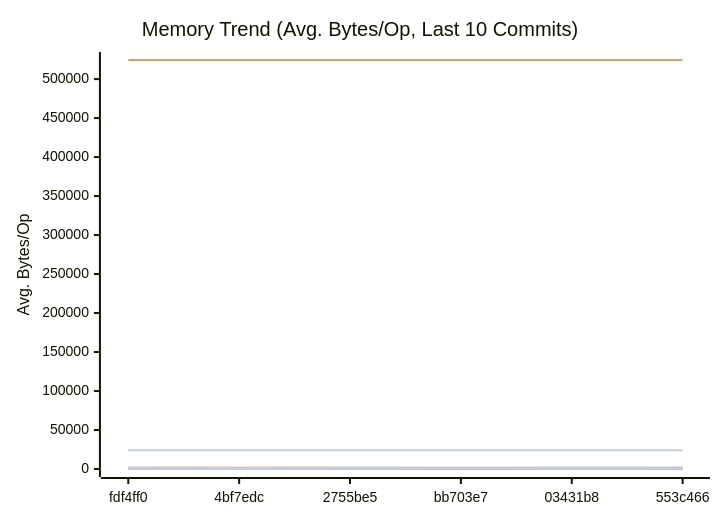
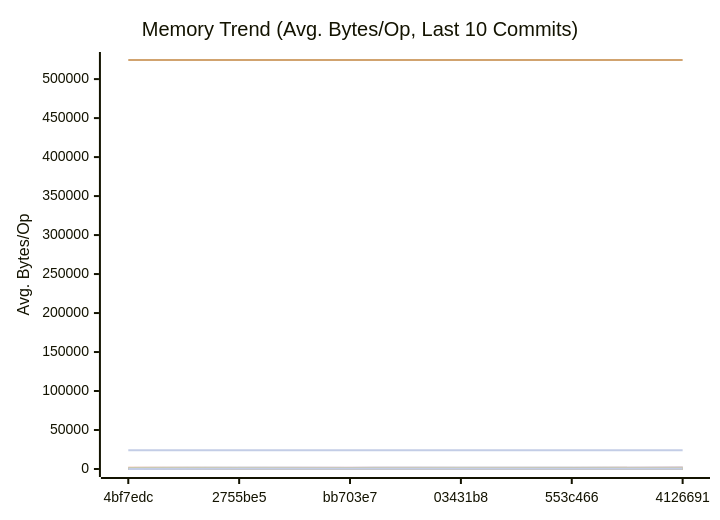
The second of 3 diagrams in docs/PERFORMANCE.md (alsotoes/momo), drawn with Mermaid before and after one commit. The commit also changed other lines of this file and 3 other files, not shown here.

````diff
--- a/docs/PERFORMANCE.md
+++ b/docs/PERFORMANCE.md
@@ -310,44 +310,44 @@
 ```mermaid
 xychart-beta
     title "Memory Trend (Avg. Bytes/Op, Last 10 Commits)"
     x-axis "Commit"
     y-axis "Avg. Bytes/Op"
-    x-axis [fdf4ff0,4bf7edc,2755be5,bb703e7,03431b8,553c466]
-    line "AWSChunkedReaderSigned" [108,128,114,123,127,107,88,100,107,110]
-    line "AWSChunkedReaderUnsigned" [116,147,109,121,110,100,95,109,105,108]
+    x-axis [4bf7edc,2755be5,bb703e7,03431b8,553c466,4126691]
+    line "AWSChunkedReaderSigned" [128,114,123,127,107,88,100,107,110,64]
+    line "AWSChunkedReaderUnsigned" [147,109,121,110,100,95,109,105,108,49]
     line "CheckMetricsAndSwap" [0,0,0,0,0,0,0,0,0,0]
     line "CrushOptimized" [0,0,0,0,0,0,0,0,0,0]
     line "CrushOriginal" [164,164,164,164,164,164,164,164,164,164]
-    line "FormatListObjectsV2XML_AppendFormat" [524462,524483,524463,524491,524477,524500,524483,524504,524463,524460]
+    line "FormatListObjectsV2XML_AppendFormat" [524483,524463,524491,524477,524500,524483,524504,524463,524460,524580]
     line "FormatListObjectsV2XML_OldFormat" [24000,24000,24000,24000,24000,24000,24000,24000,24000,24000]
-    line "HashBytes/1MiB" [205,221,207,239,189,200,190,206,280,205]
-    line "HashBytes/256MiB" [229,220,189,234,233,223,190,239,186,209]
-    line "HashBytes/64MiB" [225,211,189,213,196,188,246,242,209,232]
-    line "HashFile/1MiB" [212,204,182,175,202,190,214,232,152,244]
-    line "HashFile/256MiB" [203,205,211,184,230,193,152,190,211,261]
-    line "HashFile/64MiB" [201,204,237,203,232,194,193,195,190,258]
+    line "HashBytes/1MiB" [221,207,239,189,200,190,206,280,205,138]
+    line "HashBytes/256MiB" [220,189,234,233,223,190,239,186,209,129]
+    line "HashBytes/64MiB" [211,189,213,196,188,246,242,209,232,132]
+    line "HashFile/1MiB" [204,182,175,202,190,214,232,152,244,127]
+    line "HashFile/256MiB" [205,211,184,230,193,152,190,211,261,126]
+    line "HashFile/64MiB" [204,237,203,232,194,193,195,190,258,120]
     line "IndexDirectTracking" [0,0,0,0,0,0,0,0,0,0]
     line "IndexSearch" [0,0,0,0,0,0,0,0,0,0]
     line "LastModifiedHeader_AppendFormat" [0,0,0,0,0,0,0,0,0,0]
     line "LastModifiedHeader_Format" [32,32,32,32,32,32,32,32,32,32]
     line "LoadGlobalConfig" [1976,1976,1976,1976,1976,1976,1976,1976,1976,1976]
-    line "LocalWrite/1MiB" [1992,1318,1899,1346,1995,1817,1626,1829,1794,1712]
-    line "LocalWrite/256MiB" [2123,1776,2213,1940,2087,2086,1665,2131,2012,2499]
-    line "LocalWrite/64MiB" [2044,1265,2063,1863,1888,2026,1495,1896,2009,2371]
+    line "LocalWrite/1MiB" [1318,1899,1346,1995,1817,1626,1829,1794,1712,592]
+    line "LocalWrite/256MiB" [1776,2213,1940,2087,2086,1665,2131,2012,2499,1674]
+    line "LocalWrite/64MiB" [1265,2063,1863,1888,2026,1495,1896,2009,2371,1365]
     line "PadString" [64,64,64,64,64,64,64,64,64,64]
     line "ParseReplicationOrder_NoPrealloc" [408,408,408,408,408,248,248,248,248,248]
     line "ParseReplicationOrder_Prealloc" [240,240,240,240,240,80,80,80,80,80]
     line "Placement" [352,352,352,352,352,352,352,352,352,352]
     line "PlacementDomainSpread" [352,352,352,352,352,352,352,352,352,352]
-    line "ReadVerify/1MiB" [235,206,264,221,222,228,159,210,218,304]
-    line "ReadVerify/256MiB" [216,201,233,215,188,195,228,177,262,214]
-    line "ReadVerify/64MiB" [165,200,233,217,201,195,225,199,226,239]
-    line "S3PutSpool/1MiB" [181,162,207,157,170,157,197,205,252,163]
-    line "S3PutSpool/256MiB" [182,190,202,165,171,152,151,201,247,206]
-    line "S3PutSpool/64MiB" [175,170,238,183,173,176,166,167,219,190]
+    line "ReadVerify/1MiB" [206,264,221,222,228,159,210,218,304,186]
+    line "ReadVerify/256MiB" [201,233,215,188,195,228,177,262,214,154]
+    line "ReadVerify/64MiB" [200,233,217,201,195,225,199,226,239,179]
+    line "S3PutSpool/1MiB" [162,207,157,170,157,197,205,252,163,115]
+    line "S3PutSpool/256MiB" [190,202,165,171,152,151,201,247,206,112]
+    line "S3PutSpool/64MiB" [170,238,183,173,176,166,167,219,190,127]
     line "SanitizeLog/Safe" [0,0,0,0,0,0,0,0,0,0]
     line "SanitizeLog/Unsafe" [704,704,704,704,704,704,704,704,704,704]
-    line "TrustedRead/1MiB" [162,184,216,228,174,171,205,178,279,221]
-    line "TrustedRead/256MiB" [186,175,219,190,237,202,213,230,219,184]
-    line "TrustedRead/64MiB" [201,160,199,226,173,163,199,192,233,169]
+    line "TrustedRead/1MiB" [184,216,228,174,171,205,178,279,221,125]
+    line "TrustedRead/256MiB" [175,219,190,237,202,213,230,219,184,123]
+    line "TrustedRead/64MiB" [160,199,226,173,163,199,192,233,169,124]
 ```
````
